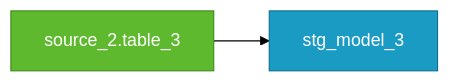
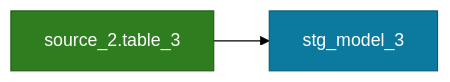
The diagram in docs/rules/structure.md (dbt-labs/dbt-project-evaluator), drawn with Mermaid (forest theme) before and after one commit. The commit also changed 6 other files, not shown here.

Commit message:
Readable Mermaid diagrams in both color schemes; scope the source selection note to dbt check

````diff
--- a/docs/rules/structure.md
+++ b/docs/rules/structure.md
@@ -50,8 +50,8 @@
 ```mermaid
 flowchart LR
-    classDef source fill:#5eb92f,stroke:#3d8a1c,color:#fff
-    classDef staging fill:#1a9bc4,stroke:#0e6f8f,color:#fff
+    classDef source fill:#2e7d1e,stroke:#1f5a13,color:#fff
+    classDef staging fill:#0b7a9e,stroke:#085a75,color:#fff
     source_2_table_3["source_2.table_3"]:::source
     stg_model_3["stg_model_3"]:::staging
     source_2_table_3 --> stg_model_3
 ```
````
